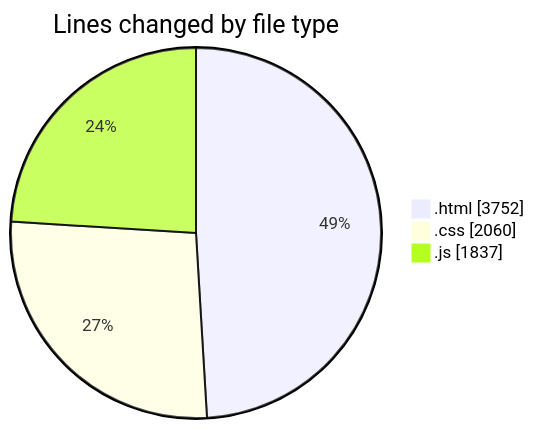
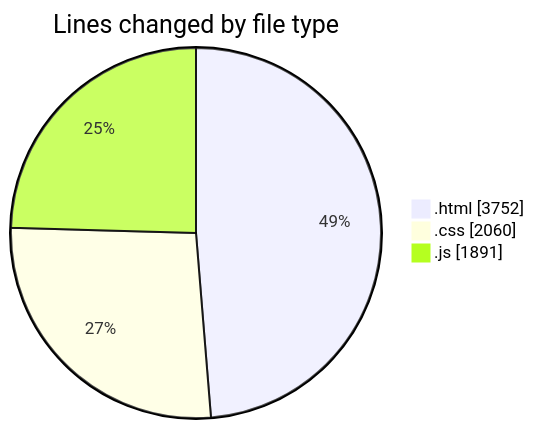
The first of 2 diagrams in 2025-05-24/projects/README.md (Ritupan-Deka/code-tracking), drawn with Mermaid before and after one commit. The commit also changed other lines of this file and 1 other file, not shown here.

````diff
--- a/2025-05-24/projects/README.md
+++ b/2025-05-24/projects/README.md
@@ -25,7 +25,7 @@
 ```mermaid
 pie showData
 title Lines changed by file type
 ".html" : 3752
 ".css" : 2060
-".js" : 1837
+".js" : 1891
 ```
````
